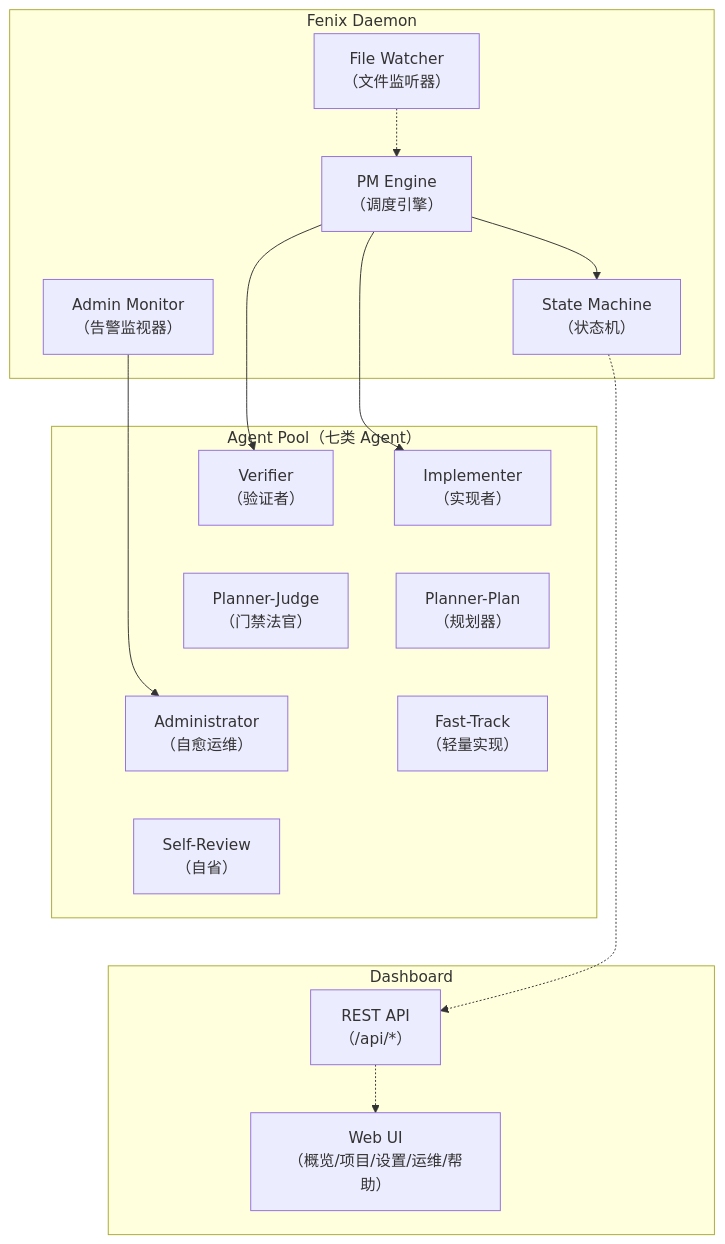
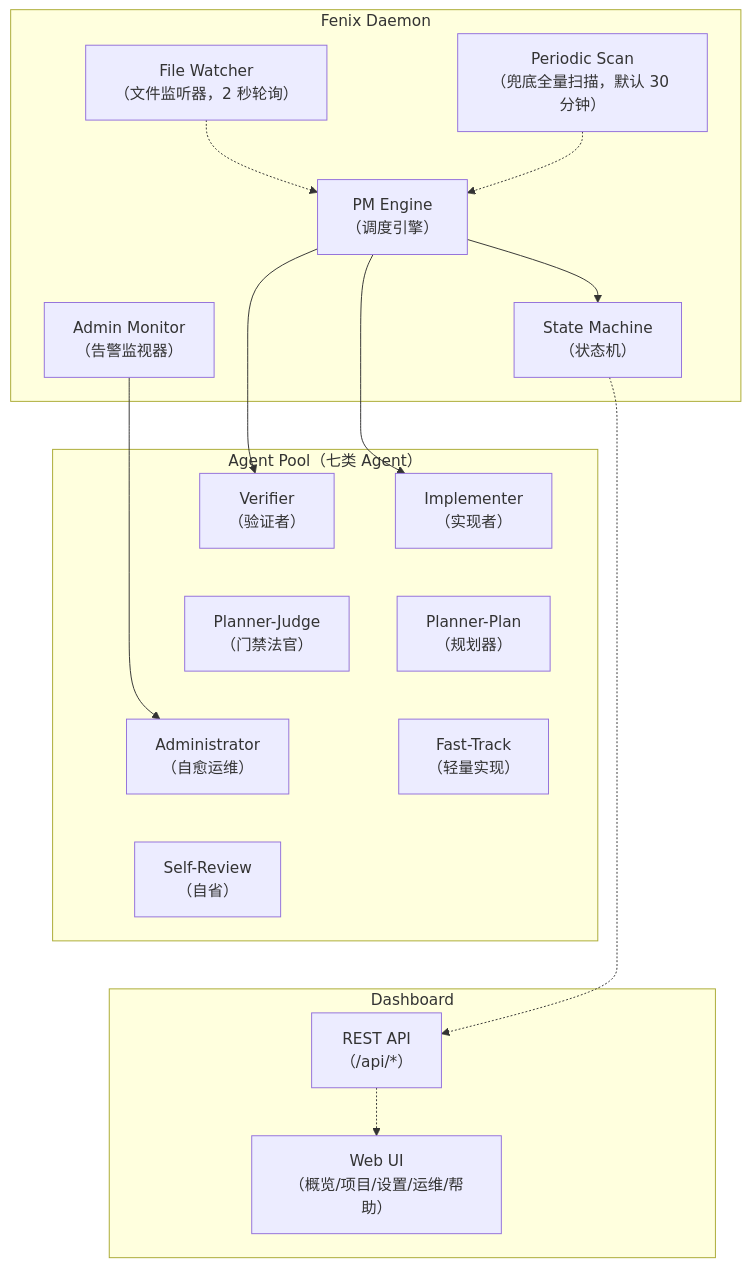
The first of 2 diagrams in docs/help/02-concepts.md (fenixsoft/fenixd), drawn with Mermaid before and after one commit. The commit also changed other lines of this file and 2 other files, not shown here.

Commit message:
[fenix] docs: 补「调度节拍」——唤醒源、兜底扫描成本与两类唤醒盲区
帮助文档此前只在 02-concepts 的架构图里画了 File Watcher → PM Engine，
从未交代调度节拍：SPEC 靠哪些事件源被唤醒、兜底全量扫描多久跑一次、
这个间隔是怎么定的。而 06-governance 第 58 行已经引用了 full_scan
recovery 却没介绍 full_scan 本身——话题有缺口。

本次补入 06-governance 新增一节「调度节拍：SPEC 何时被唤醒」（该章即
「调度与治理规则」，属既有归属，不另起新文档）：

- 唤醒源全景表：文件监听 2s / 定时拾取 60s / 恢复闭环复查 60s / 配置热更新
  30s / 自动归档 300s / 孤儿清理 600s / 兜底全量扫描 poll_interval_minutes
- 兜底扫描为什么是 30 分钟——实测 137 次 full_scan 中位 26.7ms、100 次
  低于 100ms、占空比约 0.0015%，间隔不是成本压出来的；真正的约束是恢复段
  的副作用放大半径（add-spec-status-modal-budget 曾有每小时重验 9 轮实证），
  故「缩短等待应补事件源而非提频」
- 两类唤醒盲区（依赖满足型 / 恢复观察项通过型）及 2026-09-12 的空等实证
  （25 分钟与 6 分钟，期间并发槽位空闲），并给出排查口令；标注由
  fix-dispatch-wakeup-gap 处置
- 相关参数表（poll_interval_minutes / pm.recovery.* / agents.max_concurrent）

交叉链接：02-concepts 架构图补 Periodic Scan 节点并点出「正常唤醒靠监听、
兜底只是安全网」；09-config 的 poll_interval_minutes 行下补一句取值理由与
指向。docs 相关测试 60 项通过。

````diff
--- a/docs/help/02-concepts.md
+++ b/docs/help/02-concepts.md
@@ -16,40 +16,42 @@
 ```mermaid
 graph TB
     subgraph DAEMON ["Fenix Daemon"]
-        FW["File Watcher\n（文件监听器）"]
+        FW["File Watcher\n（文件监听器，2 秒轮询）"]
+        SC["Periodic Scan\n（兜底全量扫描，默认 30 分钟）"]
         AM["Admin Monitor\n（告警监视器）"]
         PM["PM Engine\n（调度引擎）"]
         SM["State Machine\n（状态机）"]
         FW -.-> PM
+        SC -.-> PM
         PM --> SM
     end
 
     subgraph POOL ["Agent Pool（七类 Agent）"]
         IMP["Implementer\n（实现者）"]
         VER["Verifier\n（验证者）"]
         PP["Planner-Plan\n（规划器）"]
         PJ["Planner-Judge\n（门禁法官）"]
         FT["Fast-Track\n（轻量实现）"]
         ADM["Administrator\n（自愈运维）"]
         SR["Self-Review\n（自省）"]
         IMP ~~~ PP
         PP ~~~ FT
         VER ~~~ PJ
         PJ ~~~ ADM
         ADM ~~~ SR
     end
 
     subgraph DASH ["Dashboard"]
         API["REST API\n（/api/*）"]
         WEB["Web UI\n（概览/项目/设置/运维/帮助）"]
         API -.-> WEB
     end
 
     PM --> IMP
     PM --> VER
     AM --> ADM
     SM -.-> API
     SM ~~~ IMP
     SM ~~~ VER
     SR ~~~ API
 ```
````
